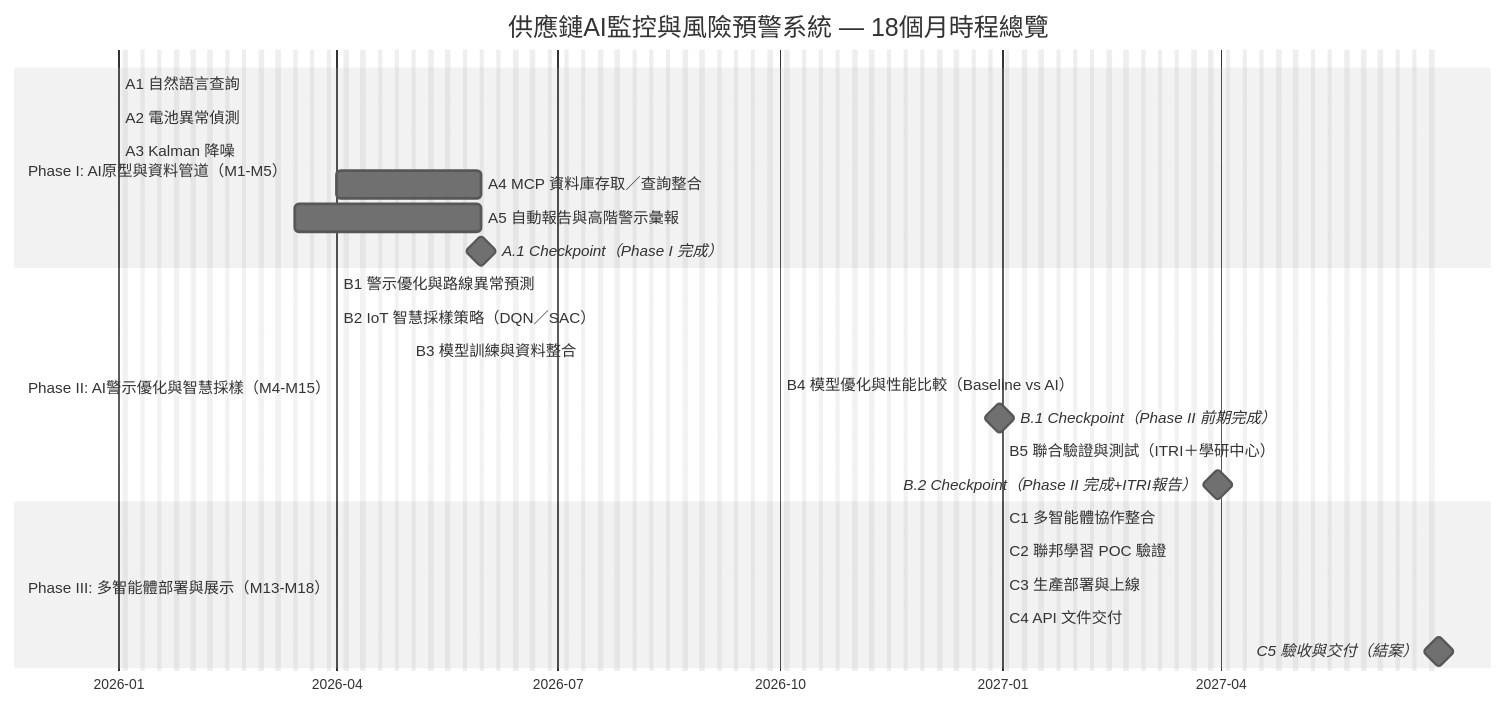
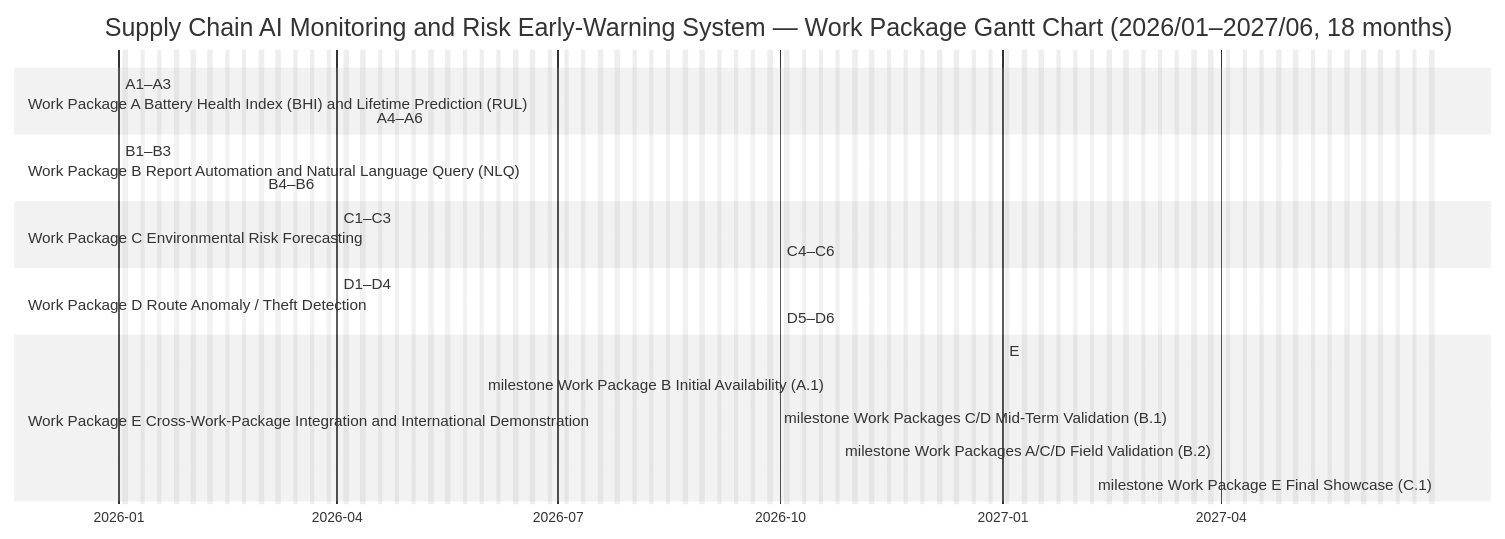
One commit to jshuo/ai-moea-proposal changed the first of 2 diagrams in proposal/AI-Application-Enhancement-Program-Proposal-Submission.md. Above: the diagram before and after it, drawn with Mermaid (neutral theme). The commit also changed other lines of this file, not shown here.

````diff
--- a/proposal/AI-Application-Enhancement-Program-Proposal-Submission.md
+++ b/proposal/AI-Application-Enhancement-Program-Proposal-Submission.md
@@ -303,42 +481,31 @@
 ```mermaid
 gantt
-        title 供應鏈AI監控與風險預警系統 — 18個月時程總覽
-        dateFormat  YYYY-MM-DD
-        axisFormat  %Y-%m
-        excludes    weekends
+  title Supply Chain AI Monitoring and Risk Early-Warning System — Work Package Gantt Chart (2026/01–2027/06, 18 months)
+  dateFormat  YYYY-MM-DD
+  axisFormat  %Y-%m
+  excludes    weekends
 
-        %% -------------------------
-        %% Phase I: 2026-01-01 ~ 2026-05-31 (5m, M1-M5)
-        %% -------------------------
-        section Phase I: AI原型與資料管道（M1-M5）
-        A1 自然語言查詢                       :a1, 2026-01-01, 3.5m
-        A2 電池異常偵測                       :a2, 2026-01-01, 3.5m
-        A3 Kalman 降噪                        :a3, 2026-01-01, 3.0m
-        A4 MCP 資料庫存取／查詢整合            :a4, 2026-04-01, 2026-05-31
-        A5 自動報告與高階警示彙報             :a5, 2026-03-15, 2026-05-31
-        A.1 Checkpoint（Phase I 完成）        :milestone, a_cp, 2026-05-31, 0d
+   section Work Package A Battery Health Index (BHI) and Lifetime Prediction (RUL)
+   A1–A3: BHI Models and Data Pipelines          :a1, 2026-01-01, 4m
+   A4–A6: RUL/TFT and Survival Analysis          :a2, 2026-04-15, 6m
 
-        %% -------------------------
-        %% Phase II: 2026-04-01 ~ 2027-03-31 (12m, M4-M15)
-        %% 註：2026/04-05 為與Phase I重疊準備期
-        %% -------------------------
-        section Phase II: AI警示優化與智慧採樣（M4-M15）
-        B1 警示優化與路線異常預測                       :b1, 2026-04-01, 6m
-        B2 IoT 智慧採樣策略（DQN／SAC）                 :b2, 2026-04-01, 8m
-        B3 模型訓練與資料整合                          :b3, 2026-05-01, 7m
-        B4 模型優化與性能比較（Baseline vs AI）          :b4, 2026-10-01, 4m
-        B.1 Checkpoint（Phase II 前期完成）             :milestone, b1_cp, 2026-12-31, 0d
-        B5 聯合驗證與測試（ITRI＋學研中心）             :b5, 2027-01-01, 3m
-        B.2 Checkpoint（Phase II 完成+ITRI報告）        :milestone, b2_cp, 2027-03-31, 0d
+   section Work Package B Report Automation and Natural Language Query (NLQ)
+   B1–B3: NL-to-SQL and RAG                      :b1, 2026-01-01, 3.5m
+   B4–B6: Auto-Reporting and Executive Alerts    :b2, 2026-03-01, 2.5m
 
-        %% -------------------------
-        %% Phase III: 2027-01-01 ~ 2027-06-30 (6m, M13-M18)
-        %% -------------------------
-        section Phase III: 多智能體部署與展示（M13-M18）
-        C1 多智能體協作整合                             :c1, 2027-01-01, 6m
-        C2 聯邦學習 POC 驗證                             :c2, 2027-01-01, 6m
-        C3 生產部署與上線                               :c3, 2027-01-01, 6m
-        C4 API 文件交付                                  :c4, 2027-01-01, 6m
-        C5 驗收與交付（結案）                            :milestone, c5, 2027-06-30, 0d
+   section Work Package C Environmental Risk Forecasting
+   C1–C3: Multivariate Time-Series Datasets and TFT  :c1, 2026-04-01, 8m
+   C4–C6: Violation Early Warning and Explainability :c2, 2026-10-01, 4m
 
+   section Work Package D Route Anomaly / Theft Detection
+   D1–D4: LSTM/Graph Models and Dynamic Alerts       :d1, 2026-04-01, 9m
+   D5–D6: Adaptive Sampling and Deployment           :d2, 2026-10-01, 5m
+
+   section Work Package E Cross-Work-Package Integration and International Demonstration
+   E: Integrated Demo / White Paper / Conference Showcases :e, 2027-01-01, 6m
+
+   milestone Work Package B Initial Availability (A.1)       :m1, 2026-05-31, 0d
+   milestone Work Packages C/D Mid-Term Validation (B.1)     :m2, 2026-09-30, 0d
+   milestone Work Packages A/C/D Field Validation (B.2)      :m3, 2027-03-31, 0d
+   milestone Work Package E Final Showcase (C.1)             :m4, 2027-06-30, 0d
 ```
````
